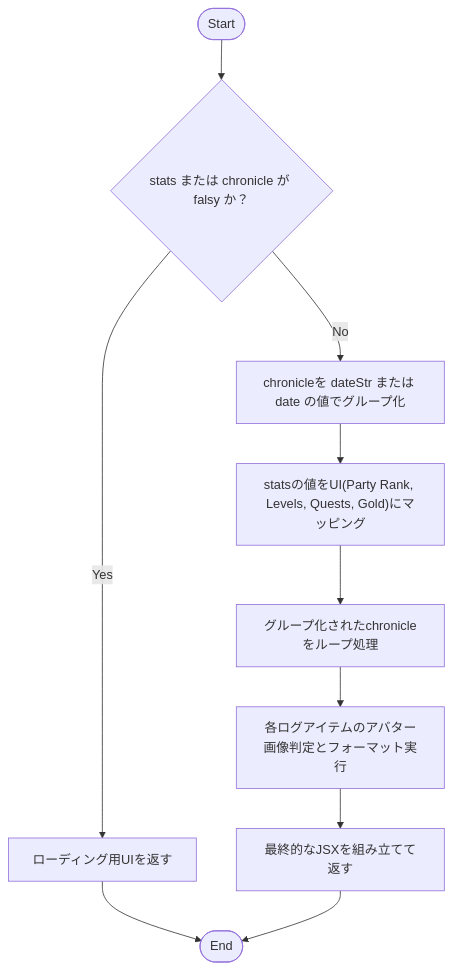
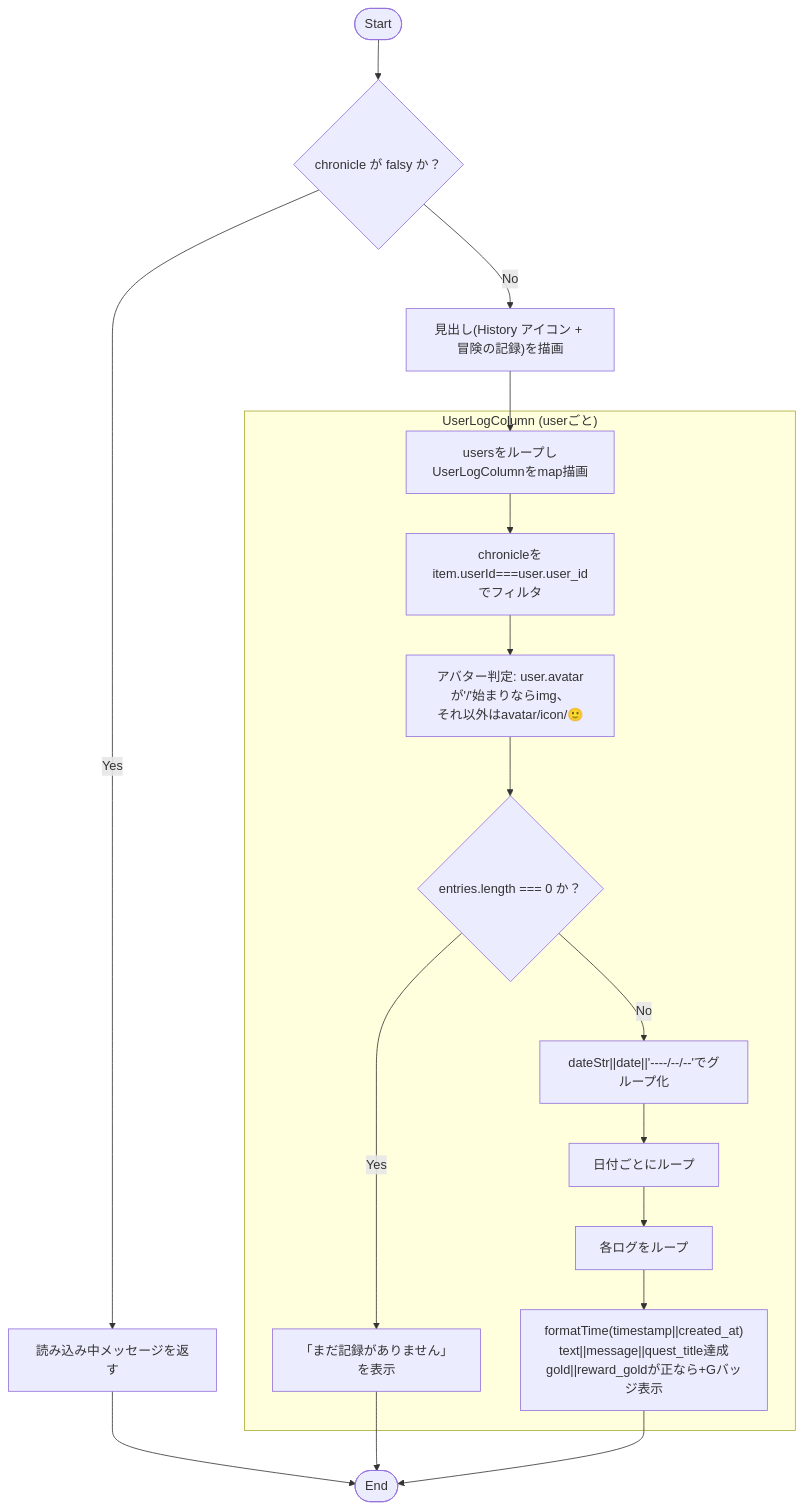
The first of 2 diagrams in docs/specifications/family-quest/src/features/family/components/FamilyLog.md (mmtigers/my_python_project), drawn with Mermaid before and after one commit. The commit also changed other lines of this file and 65 other files, not shown here.

````diff
--- a/docs/specifications/family-quest/src/features/family/components/FamilyLog.md
+++ b/docs/specifications/family-quest/src/features/family/components/FamilyLog.md
@@ -88,13 +114,23 @@
 ```mermaid
 flowchart TD
-    Start([Start]) --> CheckProps{"stats または chronicle が falsy か？"}
-    CheckProps -- Yes --> ReturnLoading["ローディング用UIを返す"]
+    Start([Start]) --> CheckChronicle{"chronicle が falsy か？"}
+    CheckChronicle -- Yes --> ReturnLoading["読み込み中メッセージを返す"]
     ReturnLoading --> End([End])
-    CheckProps -- No --> GroupChronicle["chronicleを dateStr または date の値でグループ化"]
-    GroupChronicle --> RenderStats["statsの値をUI(Party Rank, Levels, Quests, Gold)にマッピング"]
-    RenderStats --> RenderTimeline["グループ化されたchronicleをループ処理"]
-    RenderTimeline --> LoopItems["各ログアイテムのアバター画像判定とフォーマット実行"]
-    LoopItems --> OutputJSX["最終的なJSXを組み立てて返す"]
-    OutputJSX --> End([End])
+    CheckChronicle -- No --> RenderHeader["見出し(History アイコン + 冒険の記録)を描画"]
+    RenderHeader --> LoopUsers["usersをループしUserLogColumnをmap描画"]
+
+    subgraph "UserLogColumn (userごと)"
+        LoopUsers --> FilterEntries["chronicleをitem.userId===user.user_idでフィルタ"]
+        FilterEntries --> RenderAvatar["アバター判定: user.avatarが'/'始まりならimg、\nそれ以外はavatar/icon/🙂"]
+        RenderAvatar --> CheckEmpty{"entries.length === 0 か？"}
+        CheckEmpty -- Yes --> RenderEmptyMsg["「まだ記録がありません」を表示"]
+        CheckEmpty -- No --> GroupByDate["dateStr||date||'----/--/--'でグループ化"]
+        GroupByDate --> LoopDates["日付ごとにループ"]
+        LoopDates --> LoopLogs["各ログをループ"]
+        LoopLogs --> FormatEntry["formatTime(timestamp||created_at)\ntext||message||quest_title達成\ngold||reward_goldが正なら+Gバッジ表示"]
+    end
+
+    RenderEmptyMsg --> End
+    FormatEntry --> End
 
 ```
````
